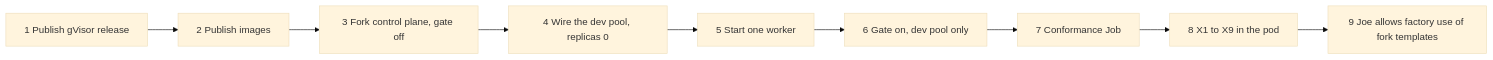
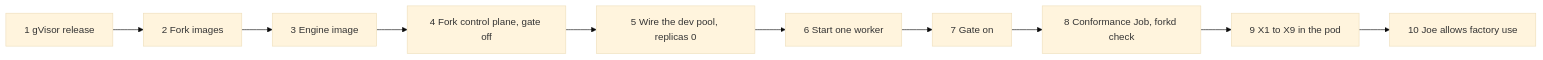
One commit to jomcgi-org/homelab changed the first of 3 diagrams in projects/factory-cluster/README.md. Above: the diagram before and after it, drawn with Mermaid (base theme). The commit also changed other lines of this file and 1 other file, not shown here.

First line of the commit message:
docs(factory-cluster): correct the staged-fork enable steps, gaps and gate wording

````diff
--- a/projects/factory-cluster/README.md
+++ b/projects/factory-cluster/README.md
@@ -569,11 +572,12 @@
 ```mermaid
 flowchart LR
-  R[1 Publish gVisor release] --> I[2 Publish images]
-  I --> C[3 Fork control plane, gate off]
-  C --> W[4 Wire the dev pool, replicas 0]
-  W --> S[5 Start one worker]
-  S --> G[6 Gate on, dev pool only]
-  G --> J[7 Conformance Job]
-  J --> X[8 X1 to X9 in the pod]
-  X --> F[9 Joe allows factory use of fork templates]
+  R[1 gVisor release] --> I[2 Fork images]
+  I --> E[3 Engine image]
+  E --> C[4 Fork control plane, gate off]
+  C --> W[5 Wire the dev pool, replicas 0]
+  W --> S[6 Start one worker]
+  S --> G[7 Gate on]
+  G --> J[8 Conformance Job, forkd check]
+  J --> X[9 X1 to X9 in the pod]
+  X --> F[10 Joe allows factory use]
 ```
````
